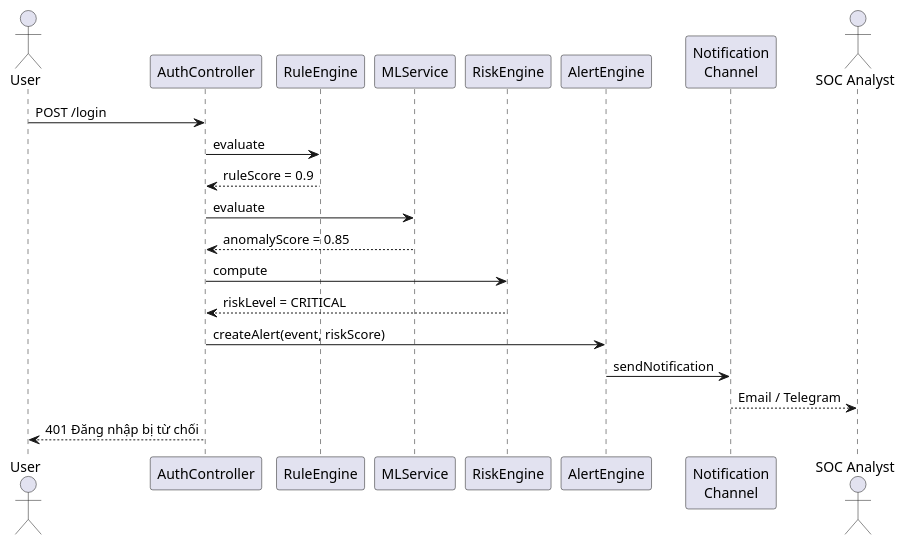
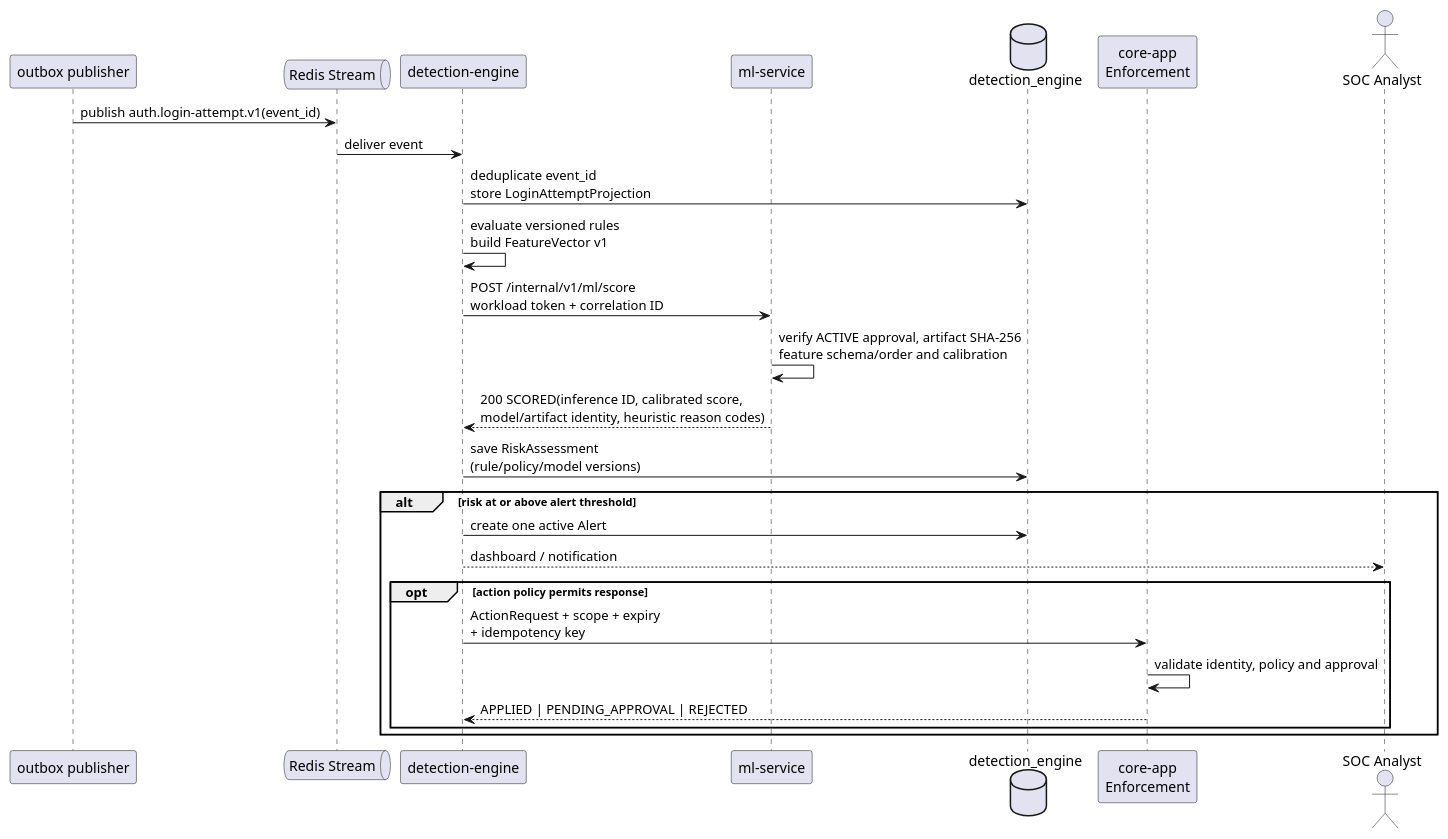
Before and after one commit to Albert-Tuan/sentinel-auth: the diagram in docs/sequence-03-alert.puml, drawn with PlantUML. The commit also changed 88 other files, not shown here.

Commit message:
feat: align sentinel auth architecture and ML inference

```diff
--- a/docs/sequence-03-alert.puml
+++ b/docs/sequence-03-alert.puml
@@ -1,22 +1,27 @@
-@startuml st03-login-critical-alert
-actor User
-participant "AuthController" as AC
-participant "RuleEngine" as RE
-participant "MLService" as ML
-participant "RiskEngine" as RK
-participant "AlertEngine" as AE
-participant "Notification\nChannel" as NC
-actor "SOC Analyst" as SOC
+@startuml st03-asynchronous-detection-and-action
+participant "outbox publisher" as publisher
+queue "Redis Stream" as stream
+participant "detection-engine" as detection
+participant "ml-service" as ml
+database "detection_engine" as detdb
+participant "core-app\nEnforcement" as core
+actor "SOC Analyst" as soc
 
-User -> AC : POST /login
-AC -> RE : evaluate
-RE --> AC : ruleScore = 0.9
-AC -> ML : evaluate
-ML --> AC : anomalyScore = 0.85
-AC -> RK : compute
-RK --> AC : riskLevel = CRITICAL
-AC -> AE : createAlert(event, riskScore)
-AE -> NC : sendNotification
-NC --> SOC : Email / Telegram
-AC --> User : 401 Đăng nhập bị từ chối
+publisher -> stream : publish auth.login-attempt.v1(event_id)
+stream -> detection : deliver event
+detection -> detdb : deduplicate event_id\nstore LoginAttemptProjection
+detection -> detection : evaluate versioned rules\nbuild FeatureVector v1
+detection -> ml : POST /internal/v1/ml/score\nworkload token + correlation ID
+ml -> ml : verify ACTIVE approval, artifact SHA-256\nfeature schema/order and calibration
+ml --> detection : 200 SCORED(inference ID, calibrated score,\nmodel/artifact identity, heuristic reason codes)
+detection -> detdb : save RiskAssessment\n(rule/policy/model versions)
+alt risk at or above alert threshold
+  detection -> detdb : create one active Alert
+  detection --> soc : dashboard / notification
+  opt action policy permits response
+    detection -> core : ActionRequest + scope + expiry\n+ idempotency key
+    core -> core : validate identity, policy and approval
+    core --> detection : APPLIED | PENDING_APPROVAL | REJECTED
+  end
+end
 @enduml
```
